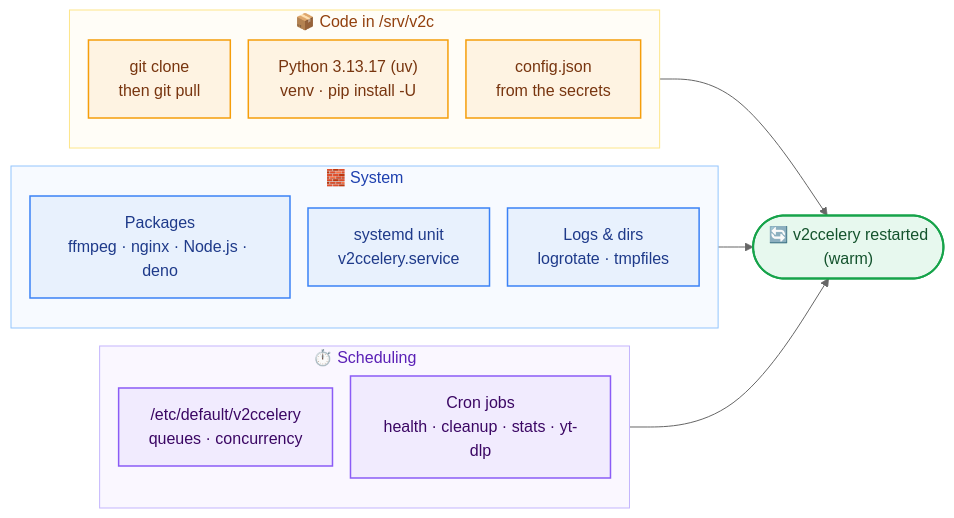
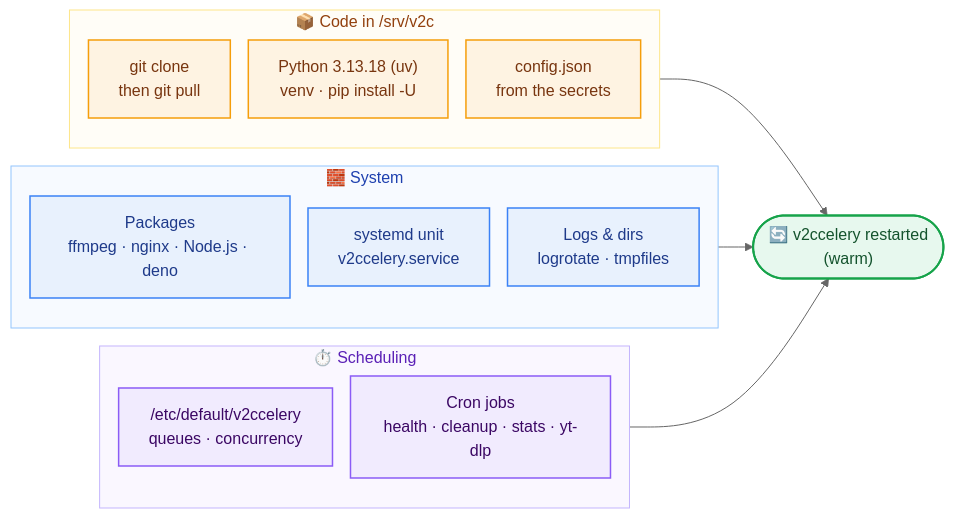
One commit to toolforge/video2commons changed the sixth of 7 diagrams in docs/ci-cd.md. Above: the diagram before and after it, drawn with Mermaid (neutral theme). The commit also changed other lines of this file and 3 other files, not shown here.

````diff
--- a/docs/ci-cd.md
+++ b/docs/ci-cd.md
@@ -231,37 +231,37 @@
 ```mermaid
 %%{init: {"flowchart": {"curve": "basis", "nodeSpacing": 18, "rankSpacing": 35}}}%%
 flowchart LR
     subgraph run ["⏱️ Scheduling"]
         direction TB
         r1["/etc/default/v2ccelery<br/>queues · concurrency"]
         r2["Cron jobs<br/>health · cleanup · stats · yt-dlp"]
     end
     subgraph code ["📦 Code in /srv/v2c"]
         direction TB
         c1["git clone<br/>then git pull"]
-        c2["Python 3.13.17 (uv)<br/>venv · pip install -U"]
+        c2["Python 3.13.18 (uv)<br/>venv · pip install -U"]
         c3["config.json<br/>from the secrets"]
     end
     subgraph sys ["🧱 System"]
         direction TB
         p1["Packages<br/>ffmpeg · nginx · Node.js · deno"]
         p2["systemd unit<br/>v2ccelery.service"]
         p3["Logs & dirs<br/>logrotate · tmpfiles"]
     end
 
     code --> svc(["🔄 v2ccelery restarted<br/>(warm)"])
     sys --> svc
     r1 --> svc
 
     classDef a fill:#e8f1fd,stroke:#3b82f6,stroke-width:1.5px,color:#1e3a8a
     classDef b fill:#fef3e2,stroke:#f59e0b,stroke-width:1.5px,color:#78350f
     classDef c fill:#f1ebfe,stroke:#8b5cf6,stroke-width:1.5px,color:#3b0764
     classDef s fill:#e7f8ee,stroke:#16a34a,stroke-width:2px,color:#14532d
     class p1,p2,p3 a
     class c1,c2,c3 b
     class r1,r2 c
     class svc s
     style sys fill:#f7faff,stroke:#93c5fd,color:#1e40af
     style code fill:#fffdf7,stroke:#fde68a,color:#92400e
     style run fill:#faf7ff,stroke:#c4b5fd,color:#5b21b6
 ```
````
